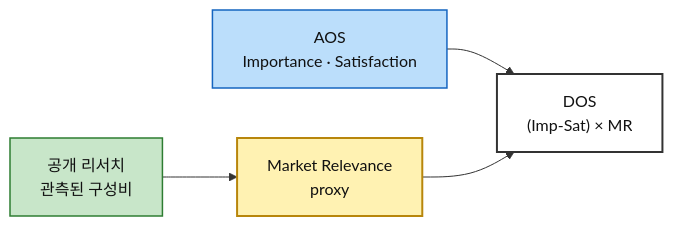
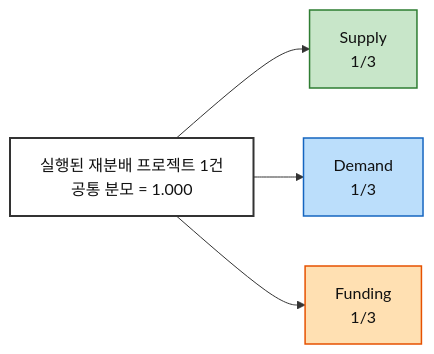
One commit to ahalenin12-art/business_research changed the diagram in 06-opportunity-score/분석-03-예술품-재분배-플랫폼-DOS.md. Above: the diagram before and after it, drawn with Mermaid. The commit also changed other lines of this file, not shown here.

````diff
--- a/06-opportunity-score/분석-03-예술품-재분배-플랫폼-DOS.md
+++ b/06-opportunity-score/분석-03-예술품-재분배-플랫폼-DOS.md
@@ -25,15 +33,16 @@
 ```mermaid
 flowchart LR
-    A["AOS<br/>Importance · Satisfaction"]:::a
-    B["공개 리서치<br/>관측된 구성비"]:::b
-    C["Market Relevance<br/>proxy"]:::c
-    D["DOS<br/>(Imp-Sat) × MR"]:::d
+    P["실행된 재분배 프로젝트 1건<br/>공통 분모 = 1.000"]:::p
+    S["Supply<br/>1/3"]:::s
+    D["Demand<br/>1/3"]:::d
+    F["Funding<br/>1/3"]:::f
 
-    A --> D
-    B --> C --> D
+    P --> S
+    P --> D
+    P --> F
 
-    classDef a fill:#BBDEFB,stroke:#1565C0,stroke-width:1.5px,color:#111;
-    classDef b fill:#C8E6C9,stroke:#2E7D32,stroke-width:1.5px,color:#111;
-    classDef c fill:#FFF2B2,stroke:#B8860B,stroke-width:2px,color:#111;
-    classDef d fill:#FFFFFF,stroke:#333,stroke-width:2px,color:#111;
+    classDef p fill:#FFFFFF,stroke:#333,stroke-width:2px,color:#111;
+    classDef s fill:#C8E6C9,stroke:#2E7D32,stroke-width:1.5px,color:#111;
+    classDef d fill:#BBDEFB,stroke:#1565C0,stroke-width:1.5px,color:#111;
+    classDef f fill:#FFE0B2,stroke:#E65100,stroke-width:1.5px,color:#111;
 ```
````
